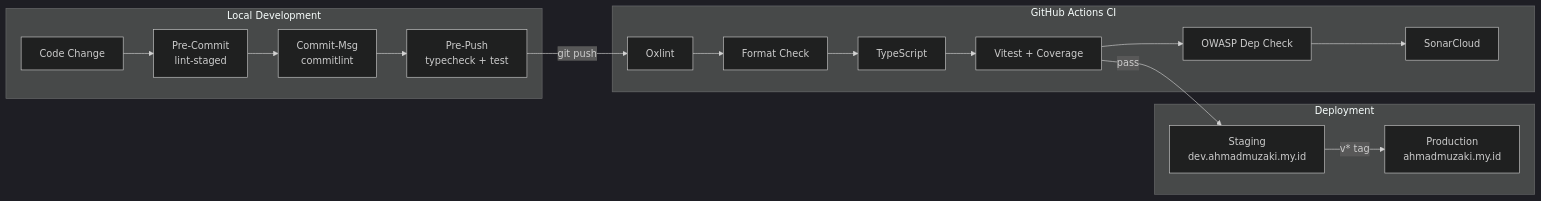
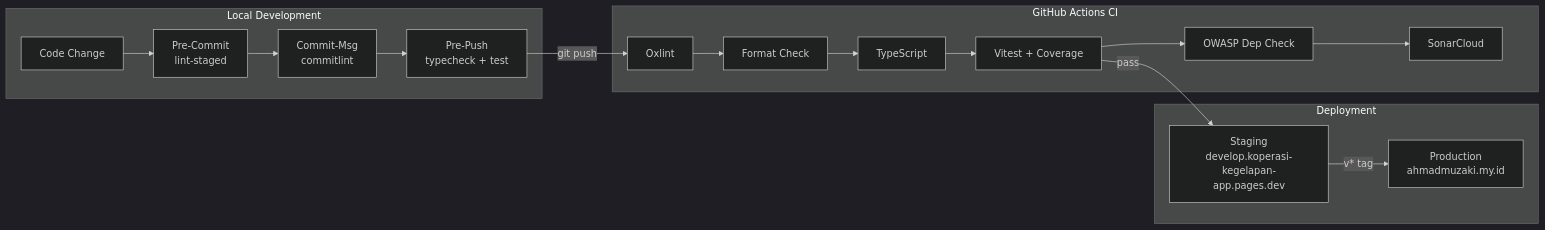
Before and after one commit to Stradivary/koperasi-kegelapan-app: the first of 7 diagrams in docs-arch/SOFTWARE_QUALITY.md, drawn with Mermaid (dark theme). The commit also changed 13 other files, not shown here.

````diff
--- a/docs-arch/SOFTWARE_QUALITY.md
+++ b/docs-arch/SOFTWARE_QUALITY.md
@@ -7,30 +7,30 @@
 ```mermaid
 graph LR
     subgraph Local["Local Development"]
         Code["Code Change"]
         PreCommit["Pre-Commit<br/>lint-staged"]
         CommitMsg["Commit-Msg<br/>commitlint"]
         PrePush["Pre-Push<br/>typecheck + test"]
     end
 
     subgraph CI["GitHub Actions CI"]
         Lint["Oxlint"]
         Format["Format Check"]
         TypeCheck["TypeScript"]
         UnitTest["Vitest + Coverage"]
         OWASP["OWASP Dep Check"]
         Sonar["SonarCloud"]
     end
 
     subgraph Deploy["Deployment"]
-        Staging["Staging<br/>dev.ahmadmuzaki.my.id"]
+        Staging["Staging<br/>develop.koperasi-kegelapan-app.pages.dev"]
         Prod["Production<br/>ahmadmuzaki.my.id"]
     end
 
     Code --> PreCommit --> CommitMsg --> PrePush
     PrePush -->|"git push"| Lint
     Lint --> Format --> TypeCheck --> UnitTest
     UnitTest -->|"pass"| Staging
     Staging -->|"v* tag"| Prod
     UnitTest --> OWASP --> Sonar
 ```
````
